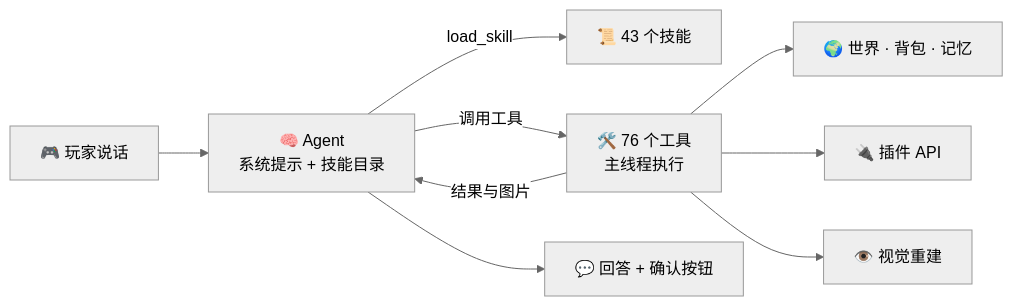
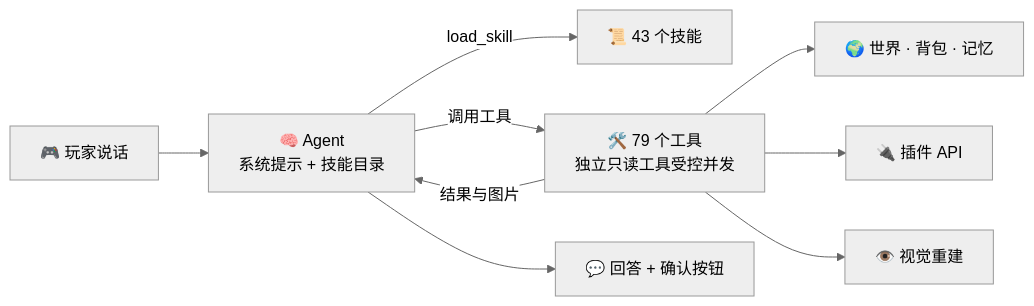
Before and after one commit to obsidianplusplus/PandaGPT: the diagram in README.md, drawn with Mermaid (neutral theme). The commit also changed other lines of this file and 51 other files, not shown here.

````diff
--- a/README.md
+++ b/README.md
@@ -192,11 +193,11 @@
 ```mermaid
 flowchart LR
     P["🎮 玩家说话"] --> A["🧠 Agent<br/>系统提示 + 技能目录"]
     A -->|load_skill| S["📜 43 个技能"]
-    A -->|调用工具| T["🛠️ 76 个工具<br/>主线程执行"]
+    A -->|调用工具| T["🛠️ 79 个工具<br/>独立只读工具受控并发"]
     T --> W["🌍 世界 · 背包 · 记忆"]
     T --> I["🔌 插件 API"]
     T --> V["👁️ 视觉重建"]
     T -->|结果与图片| A
     A --> R["💬 回答 + 确认按钮"]
 ```
````
